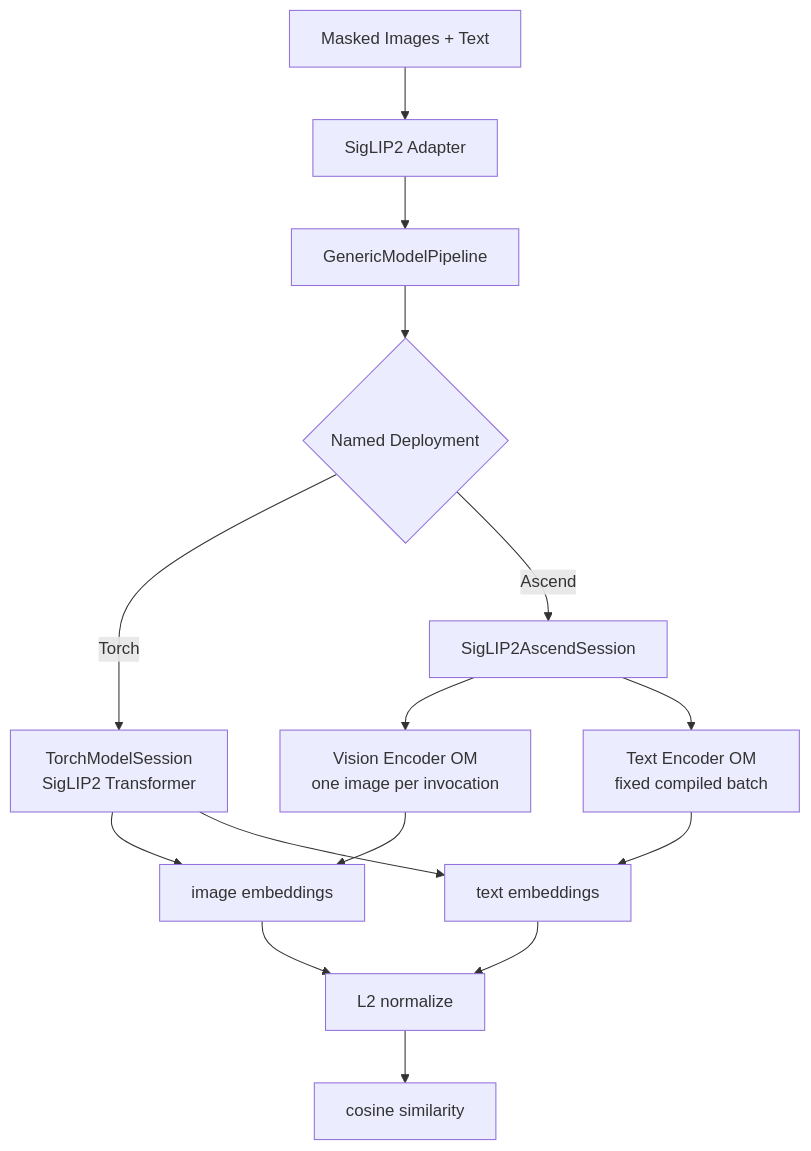
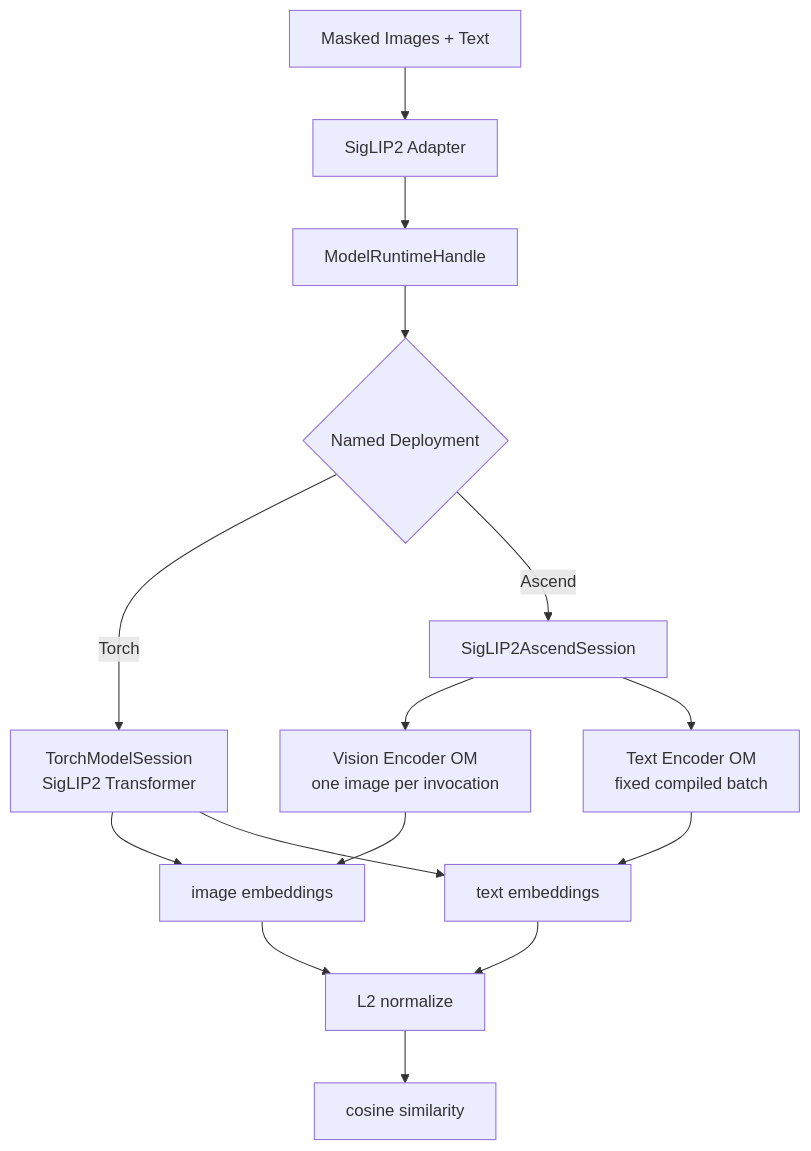
The sixth of 9 diagrams in docs/unify.md (StoneStar-Aiknow/IB_Robot), drawn with Mermaid before and after one commit. The commit also changed other lines of this file and 204 other files, not shown here.

````diff
--- a/docs/unify.md
+++ b/docs/unify.md
@@ -322,17 +327,17 @@
 ```mermaid
 flowchart TB
     INPUT["Masked Images + Text"] --> ADAPTER["SigLIP2 Adapter"]
-    ADAPTER --> PIPELINE["GenericModelPipeline"]
-    PIPELINE --> SELECT{"Named Deployment"}
+    ADAPTER --> HANDLE["ModelRuntimeHandle"]
+    HANDLE --> SELECT{"Named Deployment"}
     SELECT -->|"Torch"| TORCH["TorchModelSession<br/>SigLIP2 Transformer"]
     SELECT -->|"Ascend"| ASCEND["SigLIP2AscendSession"]
     ASCEND --> VISION["Vision Encoder OM<br/>one image per invocation"]
     ASCEND --> TEXT["Text Encoder OM<br/>fixed compiled batch"]
     VISION --> IMAGE_EMB["image embeddings"]
     TEXT --> TEXT_EMB["text embeddings"]
     TORCH --> IMAGE_EMB
     TORCH --> TEXT_EMB
     IMAGE_EMB --> NORMALIZE["L2 normalize"]
     TEXT_EMB --> NORMALIZE
     NORMALIZE --> MATCH["cosine similarity"]
 ```
````
